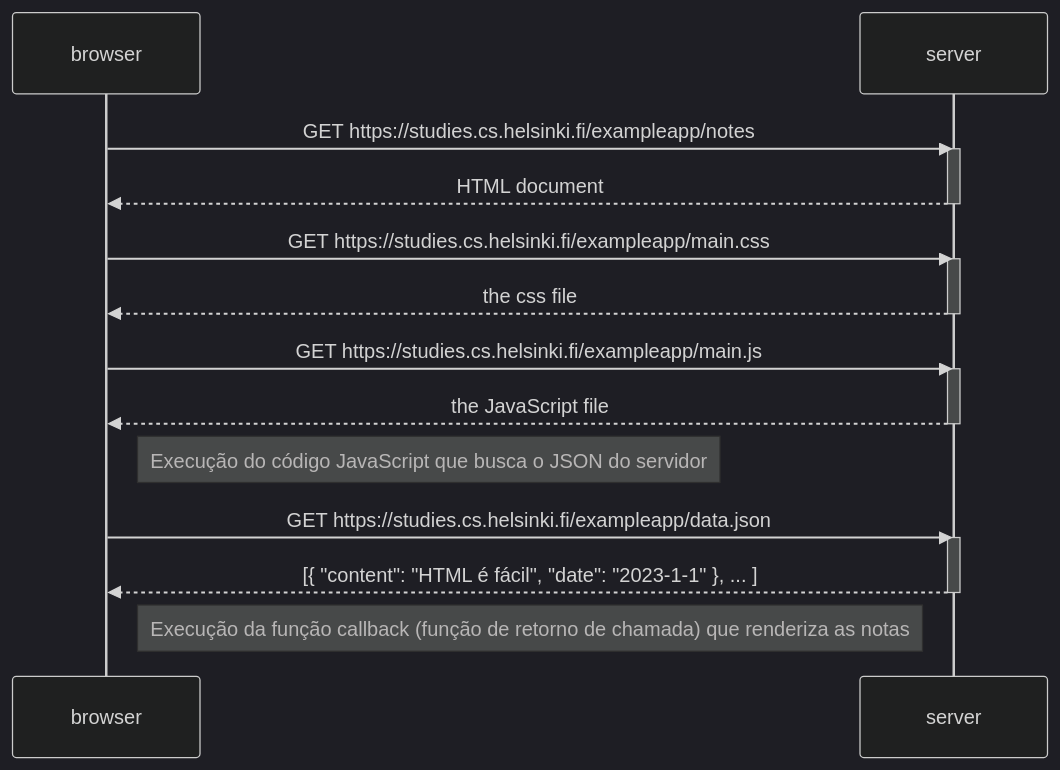
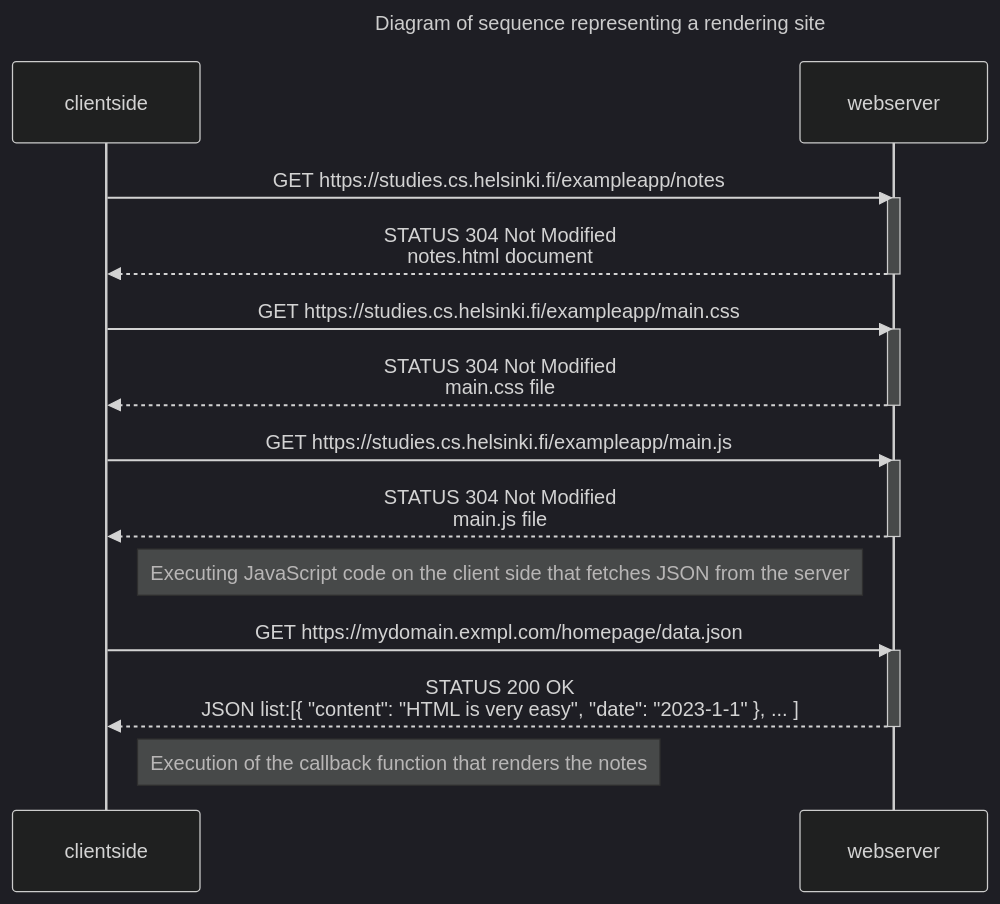
One commit to rafaelaldolizarbe/deepreactlsns changed the first of 2 diagrams in part0/MERMAID.md. Above: the diagram before and after it, drawn with Mermaid (dark theme). The commit also changed other lines of this file, not shown here.

``````diff
--- a/part0/MERMAID.md
+++ b/part0/MERMAID.md
@@ -3,31 +10,33 @@
 ````mermaid
 
 sequenceDiagram
-    participant browser
-    participant server
+title Diagram of sequence representing a rendering site
 
-    browser->>server: GET https://studies.cs.helsinki.fi/exampleapp/notes
-    activate server
-    server-->>browser: HTML document
-    deactivate server
+    participant clientside
+    participant webserver
 
-    browser->>server: GET https://studies.cs.helsinki.fi/exampleapp/main.css
-    activate server
-    server-->>browser: the css file
-    deactivate server
+    clientside->>webserver: GET https://studies.cs.helsinki.fi/exampleapp/notes
+    activate webserver
+    webserver-->>clientside: STATUS 304 Not Modified <br/> notes.html document 
+    deactivate webserver
 
-    browser->>server: GET https://studies.cs.helsinki.fi/exampleapp/main.js
-    activate server
-    server-->>browser: the JavaScript file
-    deactivate server
+    clientside->>webserver: GET https://studies.cs.helsinki.fi/exampleapp/main.css
+    activate webserver
+    webserver-->>clientside: STATUS 304 Not Modified <br/> main.css file 
+    deactivate webserver
 
-    Note right of browser: Execução do código JavaScript que busca o JSON do servidor
+    clientside->>webserver: GET https://studies.cs.helsinki.fi/exampleapp/main.js
+    activate webserver
+    webserver-->>clientside:  STATUS 304 Not Modified <br/> main.js file
+    deactivate webserver
 
-    browser->>server: GET https://studies.cs.helsinki.fi/exampleapp/data.json
-    activate server
-    server-->>browser: [{ "content": "HTML é fácil", "date": "2023-1-1" }, ... ]
-    deactivate server
+    Note right of clientside: Executing JavaScript code on the client side that fetches JSON from the server
 
-    Note right of browser: Execução da função callback (função de retorno de chamada) que renderiza as notas
+    clientside->>webserver: GET https://mydomain.exmpl.com/homepage/data.json
+    activate webserver
+    webserver-->>clientside: STATUS 200 OK <br/> JSON list:[{ "content": "HTML is very easy", "date": "2023-1-1" }, ... ]
+    deactivate webserver
+
+    Note right of clientside: Execution of the callback function that renders the notes
     
 `````
``````
